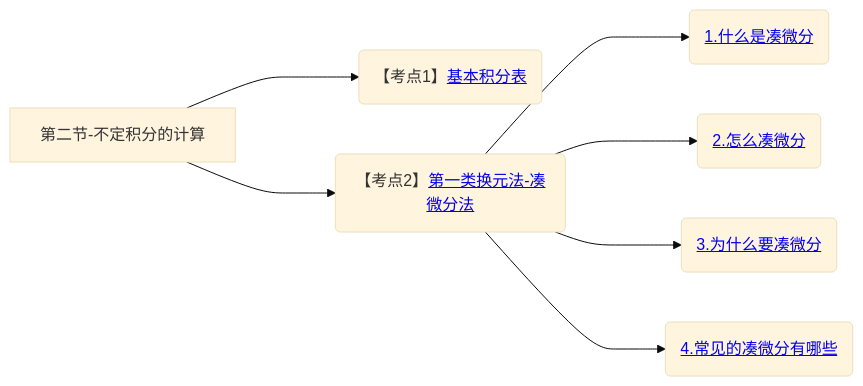
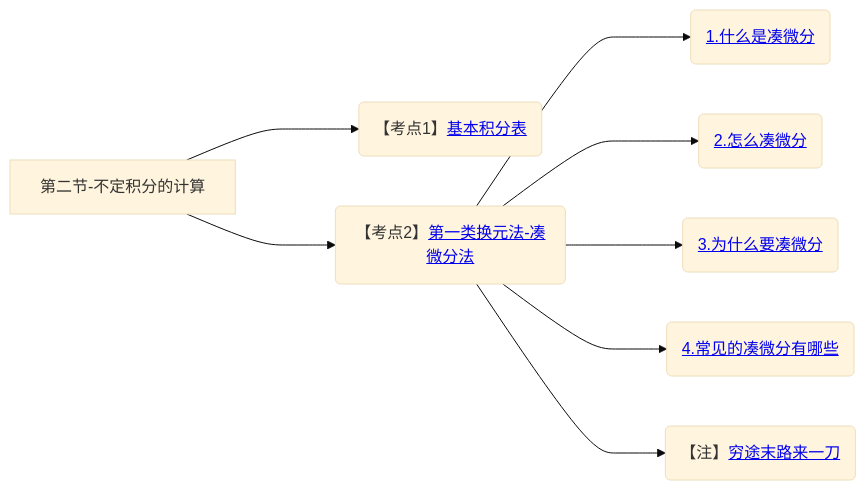
One commit to yuebinghui/note changed diagram 18 of 18 in 笔记/数学/周洋鑫/01.基础班思维导图.md. Above: the diagram before and after it, drawn with Mermaid (base theme). The commit also changed 11 other files, not shown here.

````diff
--- a/笔记/数学/周洋鑫/01.基础班思维导图.md
+++ b/笔记/数学/周洋鑫/01.基础班思维导图.md
@@ -625,13 +625,14 @@
 ```mermaid
 graph LR
 第二节-不定积分的计算
 
 第二节-不定积分的计算--->基本积分表(【考点1】<a href="/Users/yuebinghui/Documents/program/github/note/笔记/数学/周洋鑫/基础班/18.不定积分_1.md#基本积分表">基本积分表</>)
 
 第二节-不定积分的计算--->第一类换元法-凑微分法(【考点2】<a href="/Users/yuebinghui/Documents/program/github/note/笔记/数学/周洋鑫/基础班/18.不定积分_1.md#第一类换元法-凑微分法">第一类换元法-凑微分法</>)
 第一类换元法-凑微分法--->1.什么是凑微分(<a href="/Users/yuebinghui/Documents/program/github/note/笔记/数学/周洋鑫/基础班/18.不定积分_1.md#1.什么是凑微分">1.什么是凑微分</>)
 第一类换元法-凑微分法--->2.怎么凑微分(<a href="/Users/yuebinghui/Documents/program/github/note/笔记/数学/周洋鑫/基础班/18.不定积分_1.md#2.怎么凑微分">2.怎么凑微分</>)
 第一类换元法-凑微分法--->3.为什么要凑微分(<a href="/Users/yuebinghui/Documents/program/github/note/笔记/数学/周洋鑫/基础班/18.不定积分_1.md#3.为什么要凑微分">3.为什么要凑微分</>)
 第一类换元法-凑微分法--->4.常见的凑微分有哪些(<a href="/Users/yuebinghui/Documents/program/github/note/笔记/数学/周洋鑫/基础班/18.不定积分_1.md#4.常见的凑微分有哪些">4.常见的凑微分有哪些</>)
+第一类换元法-凑微分法--->穷途末路来一刀(【注】<a href="/Users/yuebinghui/Documents/program/github/note/笔记/数学/周洋鑫/基础班/18.不定积分_1.md#穷途末路来一刀">穷途末路来一刀</>)
 
 ```
````
